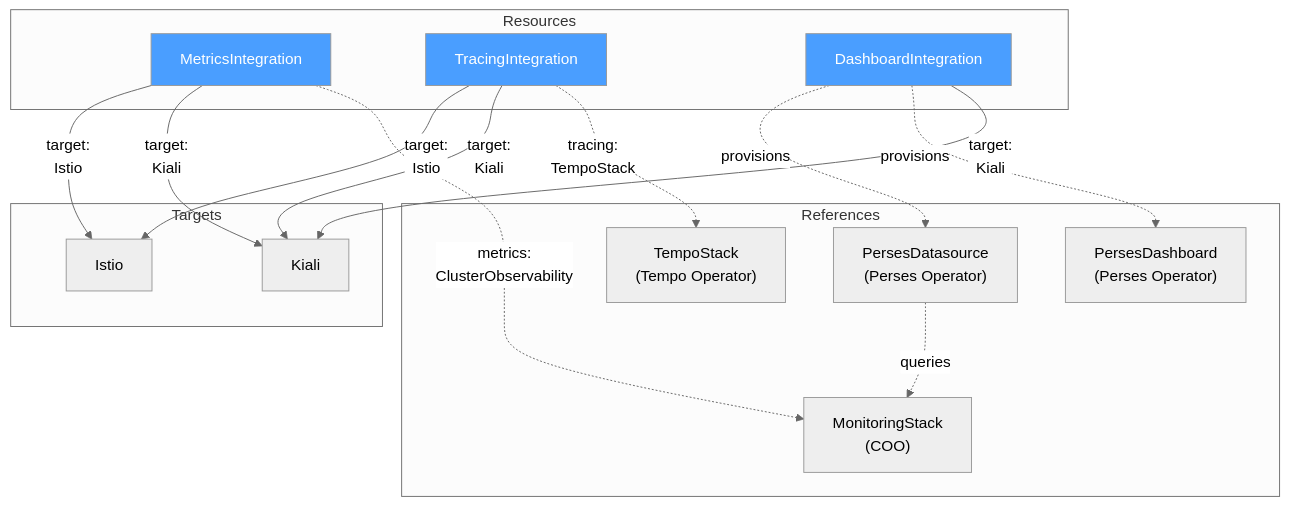
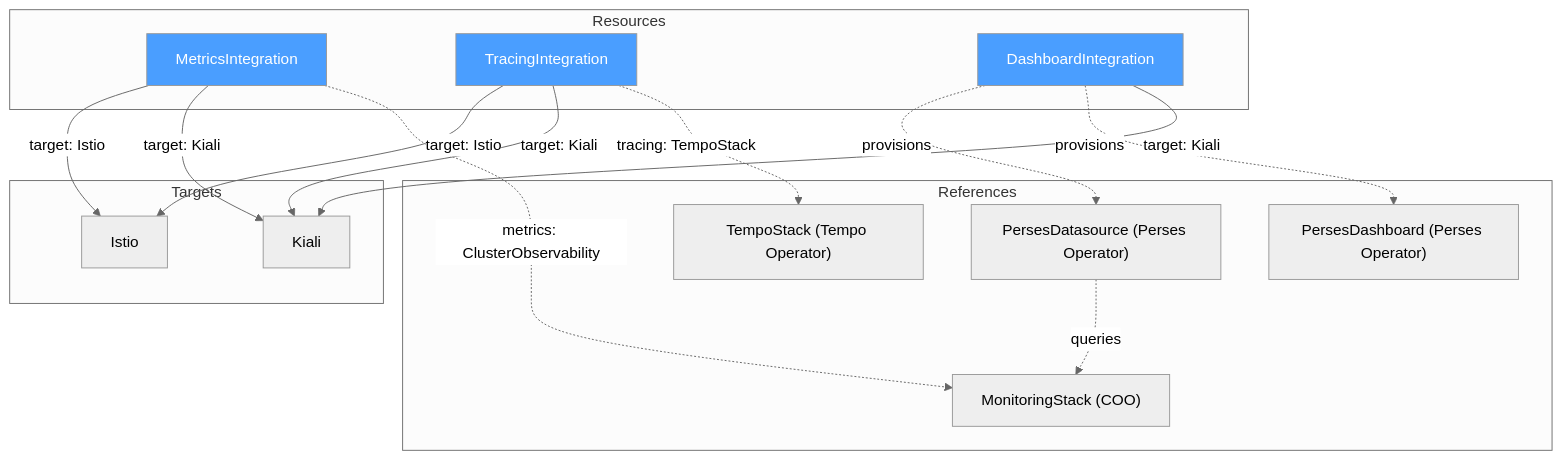
The diagram in enhancements/SEP3-integrations.md (nrfox/sail-operator), drawn with Mermaid (neutral theme) before and after one commit. The commit also changed other lines of this file, not shown here.

````diff
--- a/enhancements/SEP3-integrations.md
+++ b/enhancements/SEP3-integrations.md
@@ -590,48 +588,37 @@
 ```mermaid
 flowchart TD
     subgraph "Resources"
         MI["MetricsIntegration"]
         TI["TracingIntegration"]
         DI["DashboardIntegration"]
     end
 
     subgraph "Targets"
         Istio["Istio"]
         Kiali["Kiali"]
     end
 
     subgraph "References"
-        MS["MonitoringStack
-(COO)"]
-        TS["TempoStack
-(Tempo Operator)"]
-        PD["PersesDashboard
-(Perses Operator)"]
-        PDS["PersesDatasource
-(Perses Operator)"]
+        MS["MonitoringStack (COO)"]
+        TS["TempoStack (Tempo Operator)"]
+        PD["PersesDashboard (Perses Operator)"]
+        PDS["PersesDatasource (Perses Operator)"]
     end
 
-    MI -- "target:
-Istio" --> Istio
-    MI -- "target:
-Kiali" --> Kiali
-    MI -. "metrics:
-ClusterObservability" .-> MS
+    MI -- "target: Istio" --> Istio
+    MI -- "target: Kiali" --> Kiali
+    MI -. "metrics: ClusterObservability" .-> MS
 
-    TI -- "target:
-Istio" --> Istio
-    TI -- "target:
-Kiali" --> Kiali
-    TI -. "tracing:
-TempoStack" .-> TS
+    TI -- "target: Istio" --> Istio
+    TI -- "target: Kiali" --> Kiali
+    TI -. "tracing: TempoStack" .-> TS
 
     DI -. "provisions" .-> PDS
     DI -. "provisions" .-> PD
-    DI -- "target:
-Kiali" --> Kiali
+    DI -- "target: Kiali" --> Kiali
     PDS -. "queries" .-> MS
 
     style MI fill:#4a9eff,color:#fff
     style TI fill:#4a9eff,color:#fff
     style DI fill:#4a9eff,color:#fff
 ```
````
